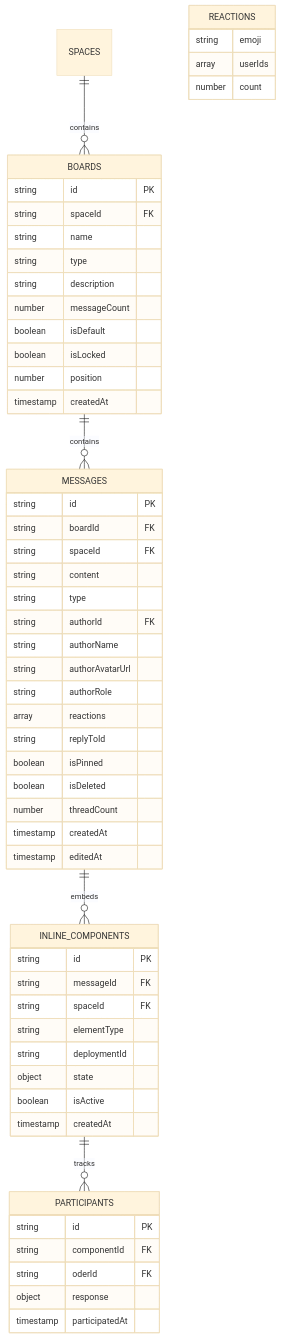
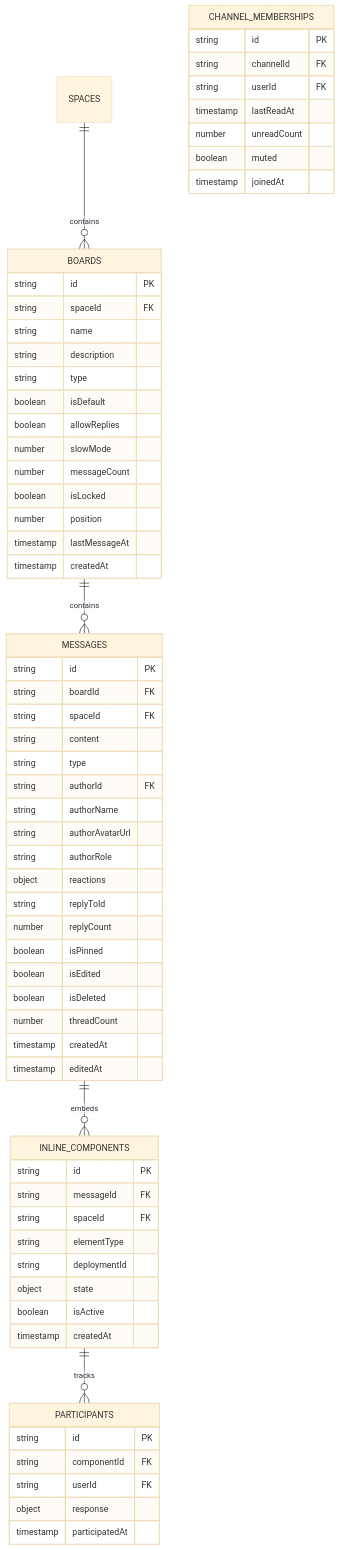
One commit to rhinehart514/HIVE_OFFICIAL changed the third of 11 diagrams in docs/ERD.md. Above: the diagram before and after it, drawn with Mermaid (base theme). The commit also changed other lines of this file, not shown here.

First line of the commit message:
docs: Comprehensive ERD overhaul — 11 diagrams, 50+ collections

````diff
--- a/docs/ERD.md
+++ b/docs/ERD.md
@@ -174,64 +265,73 @@
 ```mermaid
 erDiagram
     SPACES ||--o{ BOARDS : contains
     BOARDS ||--o{ MESSAGES : contains
     MESSAGES ||--o{ INLINE_COMPONENTS : embeds
     INLINE_COMPONENTS ||--o{ PARTICIPANTS : tracks
 
     BOARDS {
         string id PK
         string spaceId FK
         string name
+        string description
         string type
-        string description
+        boolean isDefault
+        boolean allowReplies
+        number slowMode
         number messageCount
-        boolean isDefault
         boolean isLocked
         number position
+        timestamp lastMessageAt
         timestamp createdAt
     }
 
     MESSAGES {
         string id PK
         string boardId FK
         string spaceId FK
         string content
         string type
         string authorId FK
         string authorName
         string authorAvatarUrl
         string authorRole
-        array reactions
+        object reactions
         string replyToId
+        number replyCount
         boolean isPinned
+        boolean isEdited
         boolean isDeleted
         number threadCount
         timestamp createdAt
         timestamp editedAt
     }
 
     INLINE_COMPONENTS {
         string id PK
         string messageId FK
         string spaceId FK
         string elementType
         string deploymentId
         object state
         boolean isActive
         timestamp createdAt
     }
 
     PARTICIPANTS {
         string id PK
         string componentId FK
-        string oderId FK
+        string userId FK
         object response
         timestamp participatedAt
     }
 
-    REACTIONS {
-        string emoji
-        array userIds
-        number count
+    CHANNEL_MEMBERSHIPS {
+        string id PK
+        string channelId FK
+        string userId FK
+        timestamp lastReadAt
+        number unreadCount
+        boolean muted
+        timestamp joinedAt
     }
 ```
````
